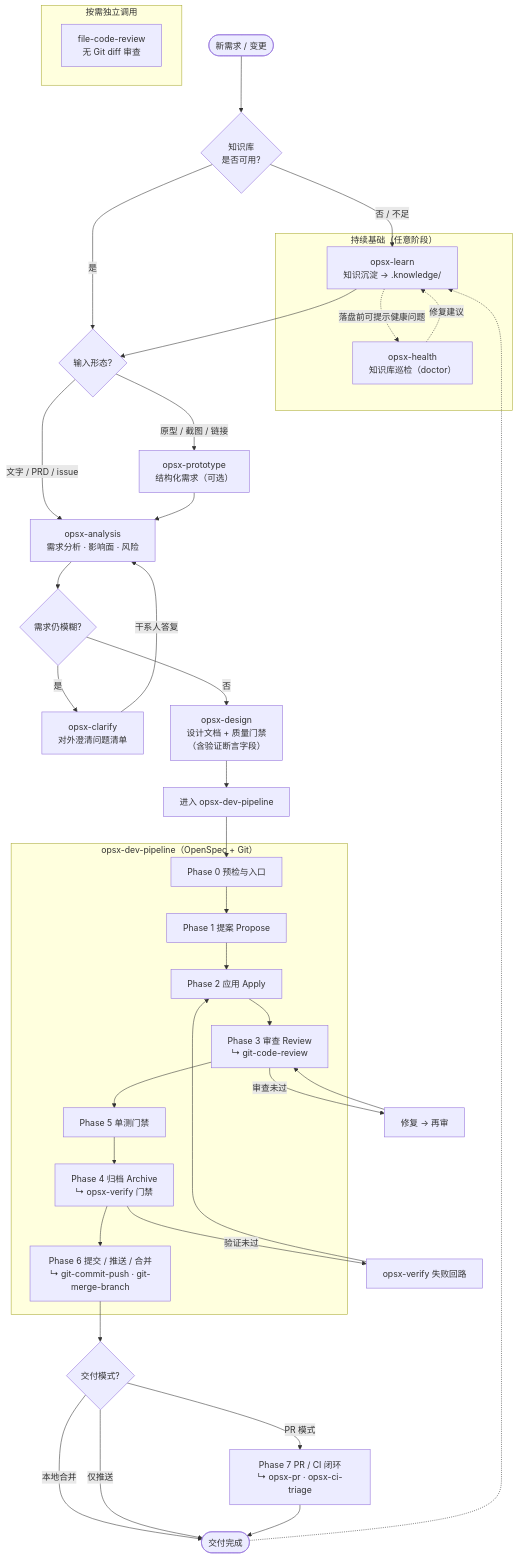
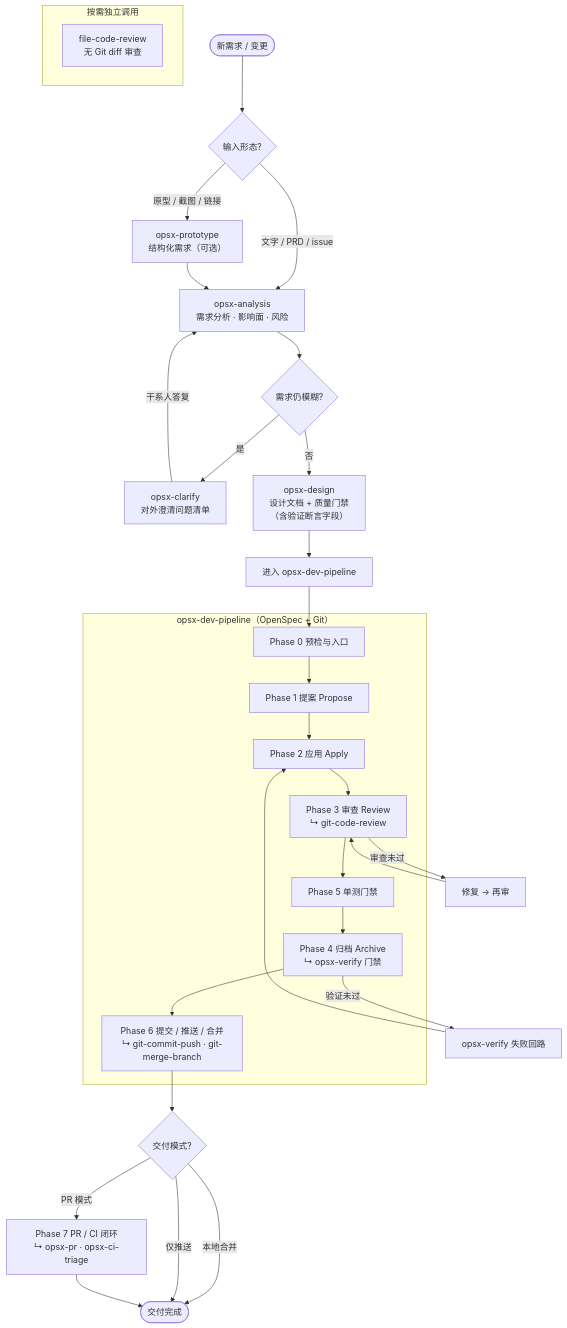
One commit to ZhaoYis/My-Skills changed the diagram in dev-pipeline/README.md. Above: the diagram before and after it, drawn with Mermaid. The commit also changed other lines of this file and 57 other files, not shown here.

````diff
--- a/dev-pipeline/README.md
+++ b/dev-pipeline/README.md
@@ -124,56 +123,45 @@
 ```mermaid
 flowchart TD
-  subgraph foundation ["持续基础（任意阶段）"]
-    LEARN["opsx-learn<br/>知识沉淀 → .knowledge/"]
-    HEALTH["opsx-health<br/>知识库巡检（doctor）"]
-    LEARN -.->|落盘前可提示健康问题| HEALTH
-    HEALTH -.->|修复建议| LEARN
-  end
-
-  START(["新需求 / 变更"]) --> KB{"知识库<br/>是否可用?"}
-  KB -->|否 / 不足| LEARN
-  KB -->|是| INPUT
-  LEARN --> INPUT
+  START(["新需求 / 变更"]) --> INPUT
 
   INPUT{"输入形态?"}
   INPUT -->|原型 / 截图 / 链接| PROTO["opsx-prototype<br/>结构化需求（可选）"]
   INPUT -->|文字 / PRD / issue| ANALYSIS
   PROTO --> ANALYSIS
 
   ANALYSIS["opsx-analysis<br/>需求分析 · 影响面 · 风险"]
   ANALYSIS --> FUZZY{"需求仍模糊?"}
   FUZZY -->|是| CLARIFY["opsx-clarify<br/>对外澄清问题清单"]
   CLARIFY -->|干系人答复| ANALYSIS
   FUZZY -->|否| DESIGN
 
   DESIGN["opsx-design<br/>设计文档 + 质量门禁<br/>（含验证断言字段）"]
   DESIGN --> PIPELINE
 
   subgraph pipeline ["opsx-dev-pipeline（OpenSpec + Git）"]
     P0["Phase 0 预检与入口"]
     P1["Phase 1 提案 Propose"]
     P2["Phase 2 应用 Apply"]
     P3["Phase 3 审查 Review<br/>↳ git-code-review"]
     P5["Phase 5 单测门禁"]
     P4["Phase 4 归档 Archive<br/>↳ opsx-verify 门禁"]
     P6["Phase 6 提交 / 推送 / 合并<br/>↳ git-commit-push · git-merge-branch"]
     P0 --> P1 --> P2 --> P3 --> P5 --> P4 --> P6
   end
 
   PIPELINE["进入 opsx-dev-pipeline"] --> P0
   P3 -->|审查未过| FIX["修复 → 再审"]
   FIX --> P3
   P4 -->|验证未过| VFIX["opsx-verify 失败回路"]
   VFIX --> P2
 
   P6 --> MODE{"交付模式?"}
   MODE -->|本地合并| DONE(["交付完成"])
   MODE -->|仅推送| DONE
   MODE -->|PR 模式| PR["Phase 7 PR / CI 闭环<br/>↳ opsx-pr · opsx-ci-triage"]
   PR --> DONE
-  DONE -.-> LEARN
 
   subgraph adhoc ["按需独立调用"]
     FCR["file-code-review<br/>无 Git diff 审查"]
   end
 ```
````
